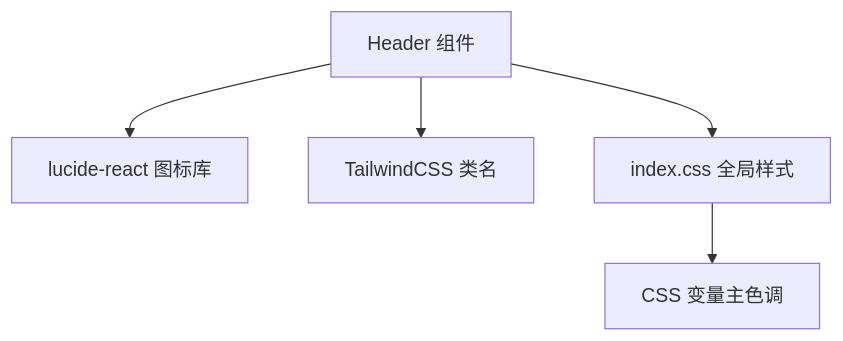
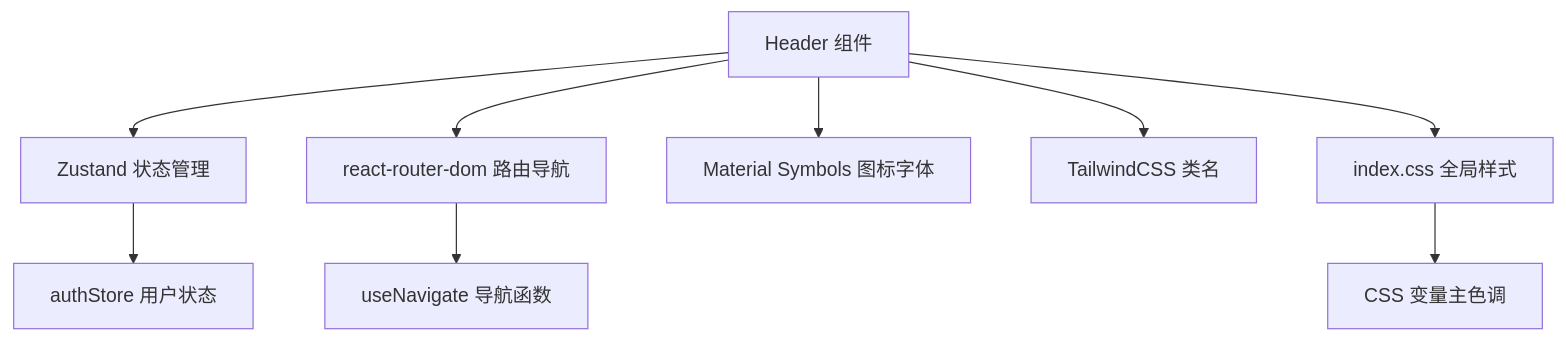
One commit to xianjianshenqu/SalesFlow-CRM changed the seventh of 7 diagrams in .qoder/repowiki/zh/content/核心组件/头部组件 (Header).md. Above: the diagram before and after it, drawn with Mermaid. The commit also changed other lines of this file and 17 other files, not shown here.

````diff
--- a/.qoder/repowiki/zh/content/核心组件/头部组件 (Header).md
+++ b/.qoder/repowiki/zh/content/核心组件/头部组件 (Header).md
@@ -249,7 +302,11 @@
 ```mermaid
 graph TB
-H["Header 组件"] --> L["lucide-react 图标库"]
-H --> T["TailwindCSS 类名"]
-H --> C["index.css 全局样式"]
-C --> P["CSS 变量主色调"]
+H["Header 组件"] --> ZS["Zustand 状态管理"]
+H --> RR["react-router-dom 路由导航"]
+H --> MS["Material Symbols 图标字体"]
+H --> TW["TailwindCSS 类名"]
+H --> CS["index.css 全局样式"]
+CS --> PV["CSS 变量主色调"]
+ZS --> AS["authStore 用户状态"]
+RR --> NAV["useNavigate 导航函数"]
 ```
````
